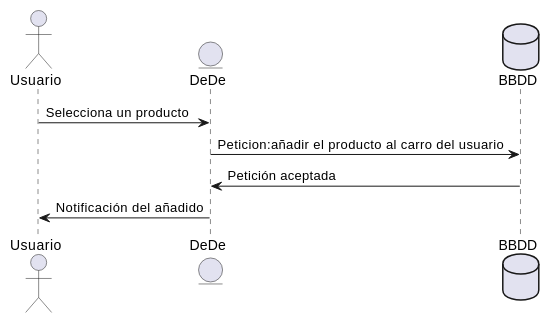
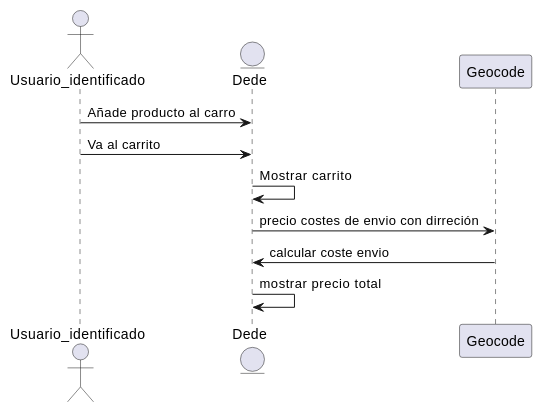
One commit to Arquisoft/dede_es1c changed the third of 4 diagrams in docs/06_runtime_view.adoc. Above: the diagram before and after it, drawn with PlantUML. The commit also changed other lines of this file and 5 other files, not shown here.

Commit message:
Diagrama de secuencia

```diff
--- a/docs/06_runtime_view.adoc
+++ b/docs/06_runtime_view.adoc
@@ -45,12 +45,13 @@
 [plantuml,"AñadirCarro_diagrama",png]
 ----
 @startuml
-actor Usuario
-entity DeDe
-database BBDD
-Usuario-> DeDe: Selecciona un producto
-DeDe-> BBDD: Peticion:añadir el producto al carro del usuario
-BBDD-> DeDe:Petición aceptada 
-DeDe->Usuario:Notificación del añadido
+actor Usuario_identificado
+entity Dede
+Usuario_identificado-> Dede: Añade producto al carro
+Usuario_identificado-> Dede: Va al carrito
+Dede->Dede:Mostrar carrito
+Dede->Geocode:precio costes de envio con dirreción
+Geocode->Dede:calcular coste envio
+Dede->Dede:mostrar precio total
 @endtuml
 ----
```
